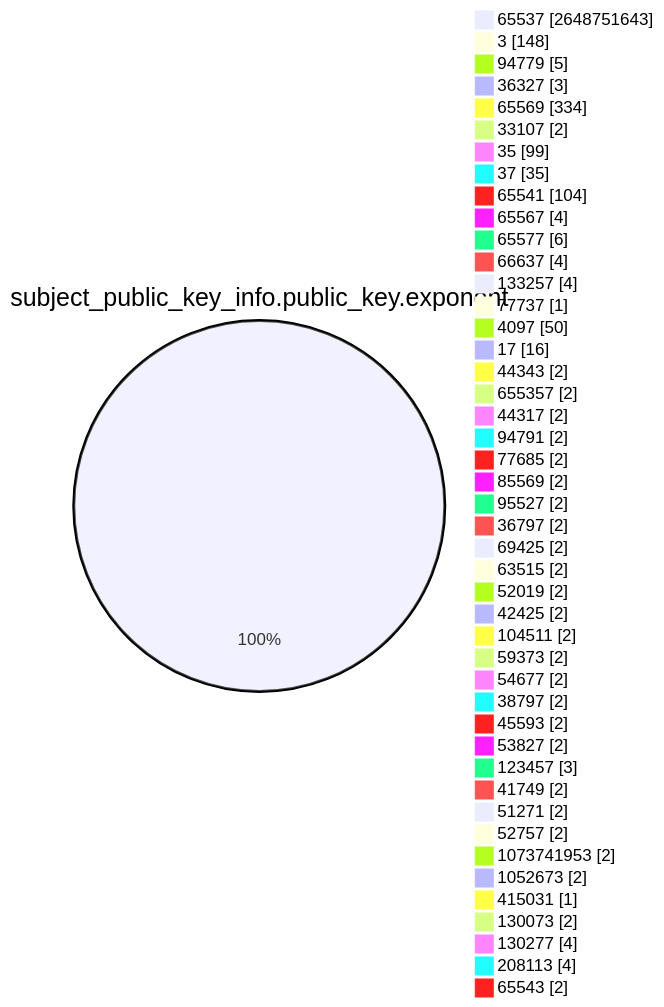
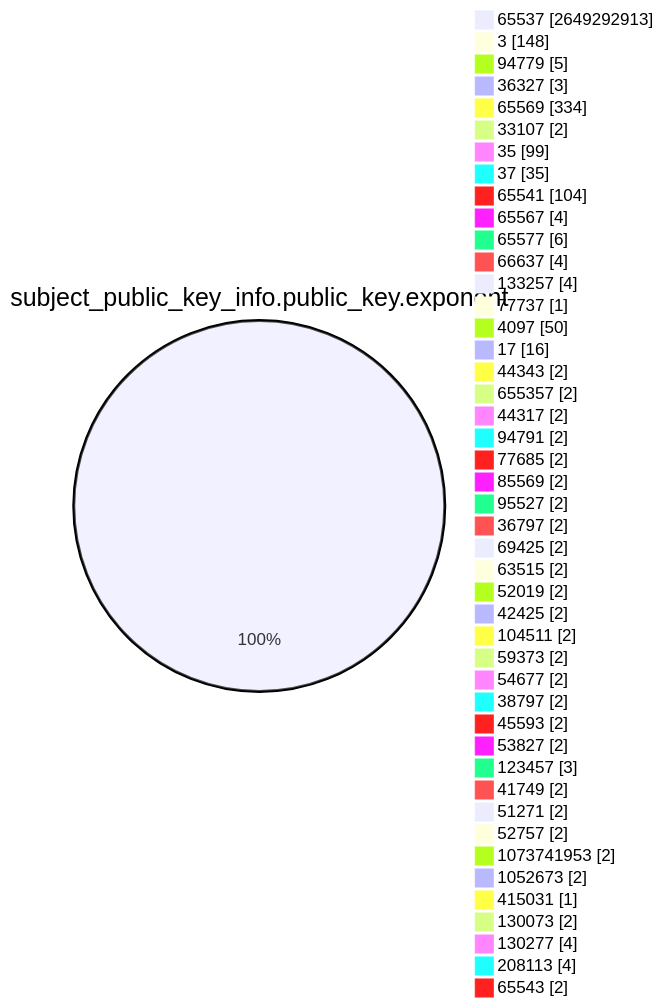
The fourth of 15 diagrams in TOTAL/README.md (christiankrug/ctmonitor_visualization), drawn with Mermaid before and after one commit. The commit also changed other lines of this file, not shown here.

````diff
--- a/TOTAL/README.md
+++ b/TOTAL/README.md
@@ -1467,49 +1467,49 @@
 ```mermaid
 pie showData
 title subject_public_key_info.public_key.exponent
-"65537" :2648751643
+"65537" :2649292913
 "3" :148
 "94779" :5
 "36327" :3
 "65569" :334
 "33107" :2
 "35" :99
 "37" :35
 "65541" :104
 "65567" :4
 "65577" :6
 "66637" :4
 "133257" :4
 "77737" :1
 "4097" :50
 "17" :16
 "44343" :2
 "655357" :2
 "44317" :2
 "94791" :2
 "77685" :2
 "85569" :2
 "95527" :2
 "36797" :2
 "69425" :2
 "63515" :2
 "52019" :2
 "42425" :2
 "104511" :2
 "59373" :2
 "54677" :2
 "38797" :2
 "45593" :2
 "53827" :2
 "123457" :3
 "41749" :2
 "51271" :2
 "52757" :2
 "1073741953" :2
 "1052673" :2
 "415031" :1
 "130073" :2
 "130277" :4
 "208113" :4
 "65543" :2
 ```
````
